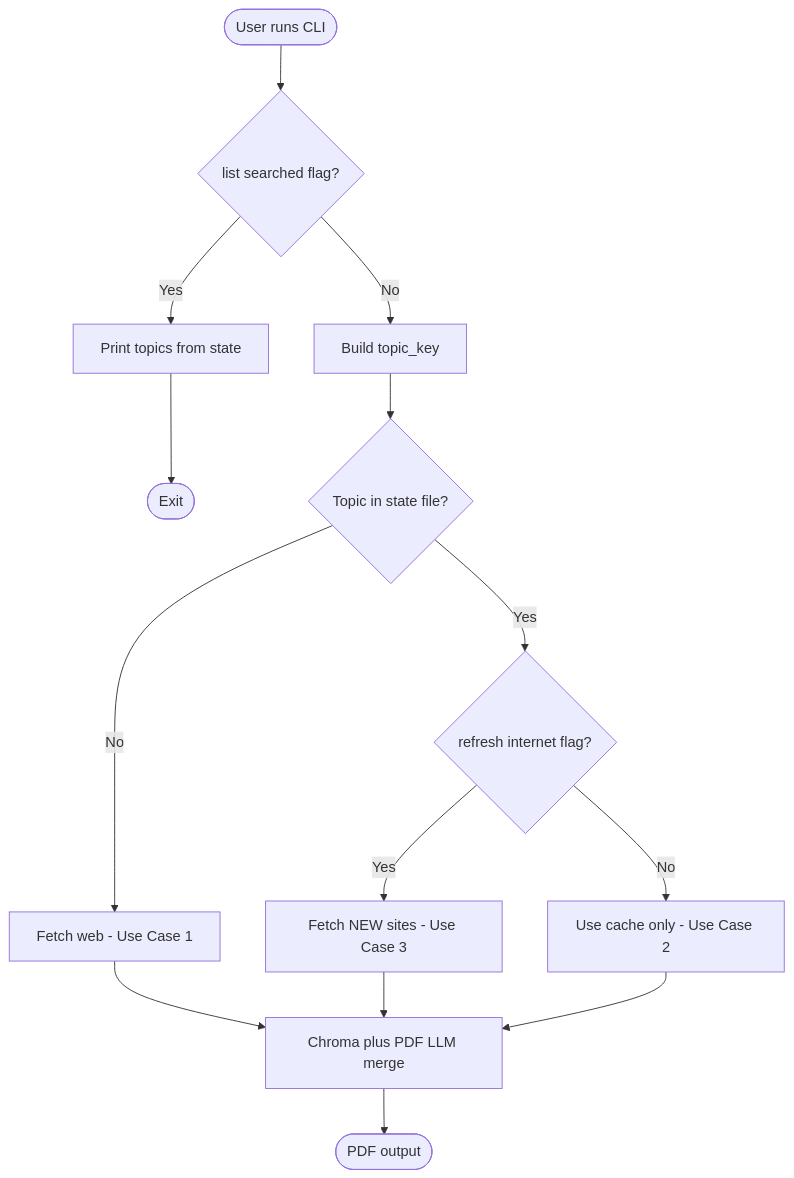
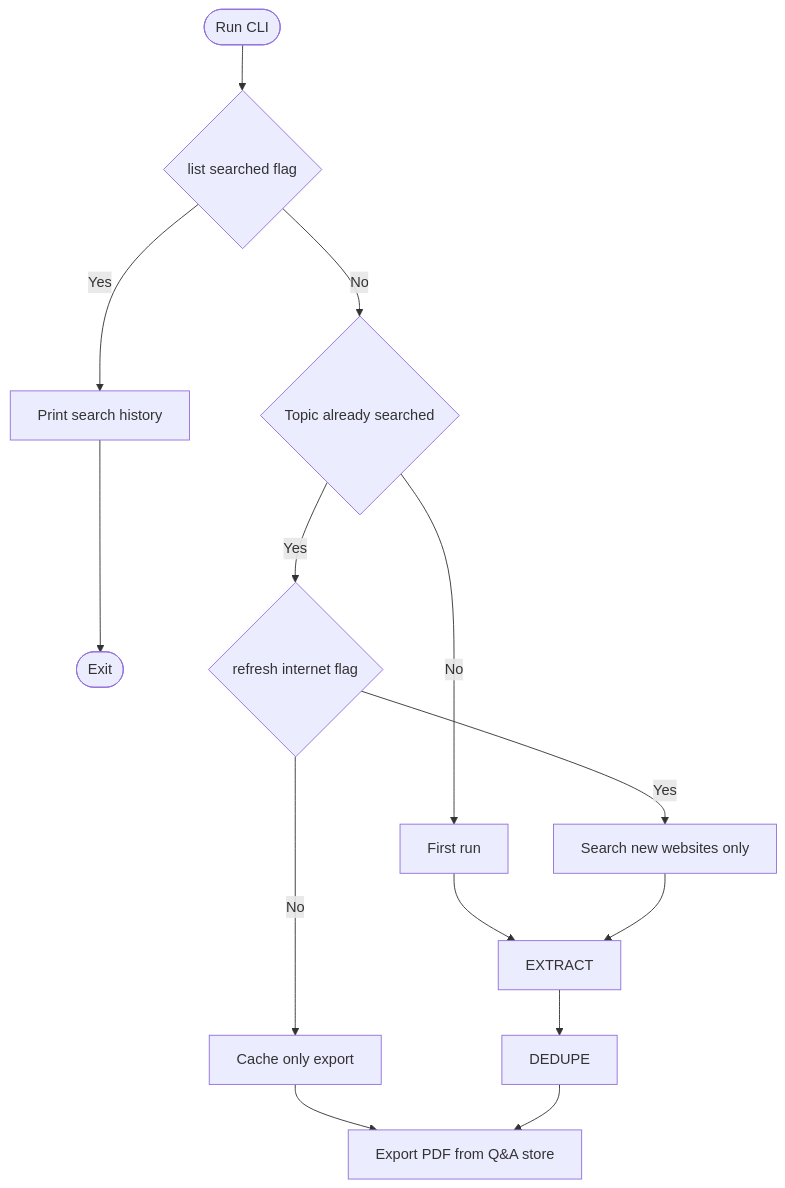
Before and after one commit to souravgupta2214/Agentic-RAG: the second of 14 diagrams in docs/END_TO_END_FLOW.md, drawn with Mermaid. The commit also changed other lines of this file and 1 other file, not shown here.

````diff
--- a/docs/END_TO_END_FLOW.md
+++ b/docs/END_TO_END_FLOW.md
@@ -52,19 +86,18 @@
 ```mermaid
 flowchart TD
-    START([User runs CLI]) --> LIST{list searched flag?}
-    LIST -->|Yes| SHOW[Print topics from state]
+    START([Run CLI]) --> LIST{list searched flag}
+    LIST -->|Yes| SHOW[Print search history]
     SHOW --> END1([Exit])
 
-    LIST -->|No| KEY[Build topic_key]
-    KEY --> PREV{Topic in state file?}
-    PREV -->|No| WEB[Fetch web - Use Case 1]
-    PREV -->|Yes| REF{refresh internet flag?}
-    REF -->|No| CACHE[Use cache only - Use Case 2]
-    REF -->|Yes| WEBNEW[Fetch NEW sites - Use Case 3]
+    LIST -->|No| PREV{Topic already searched}
+    PREV -->|No| FIRST[First run]
+    PREV -->|Yes| REF{refresh internet flag}
+    REF -->|No| CACHE[Cache only export]
+    REF -->|Yes| NEWWEB[Search new websites only]
 
-    WEB --> MERGE
-    WEBNEW --> MERGE
-    CACHE --> MERGE[Chroma plus PDF LLM merge]
-
-    MERGE --> OUT([PDF output])
+    FIRST --> EXTRACT
+    NEWWEB --> EXTRACT
+    CACHE --> EXPORT
+    EXTRACT --> DEDUPE
+    DEDUPE --> EXPORT[Export PDF from Q&A store]
 ```
````
